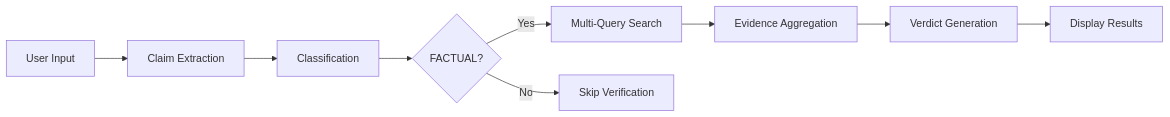
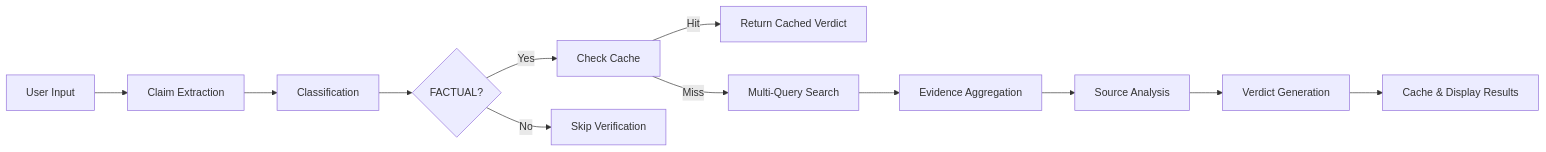
The diagram in README.md (TheUglyAlpaca/Live-Fact-Checking-Assistant), drawn with Mermaid before and after one commit. The commit also changed other lines of this file and 11 other files, not shown here.

````diff
--- a/README.md
+++ b/README.md
@@ -121,11 +125,14 @@
 ```mermaid
 graph LR
     A[User Input] --> B[Claim Extraction]
     B --> C[Classification]
     C --> D{FACTUAL?}
-    D -->|Yes| E[Multi-Query Search]
+    D -->|Yes| E[Check Cache]
     D -->|No| F[Skip Verification]
-    E --> G[Evidence Aggregation]
-    G --> H[Verdict Generation]
-    H --> I[Display Results]
+    E -->|Hit| G[Return Cached Verdict]
+    E -->|Miss| H[Multi-Query Search]
+    H --> I[Evidence Aggregation]
+    I --> J[Source Analysis]
+    J --> K[Verdict Generation]
+    K --> L[Cache & Display Results]
 ```
````
